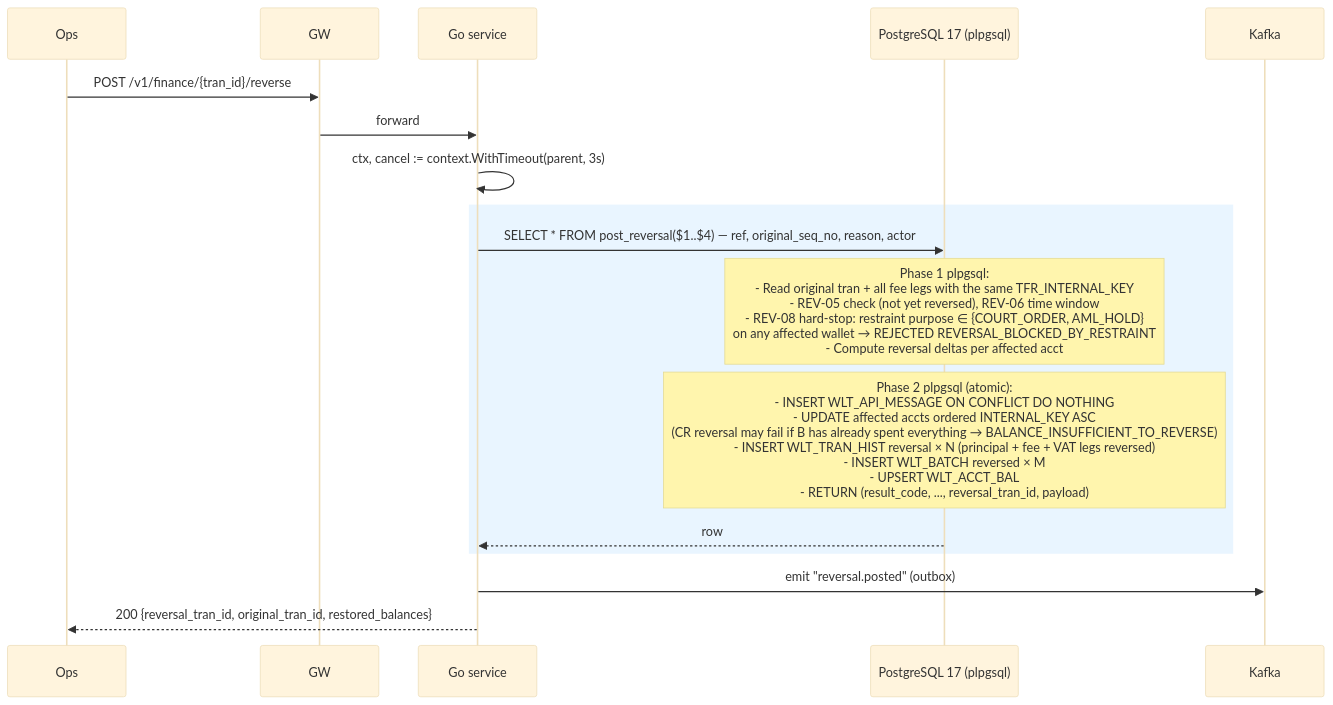
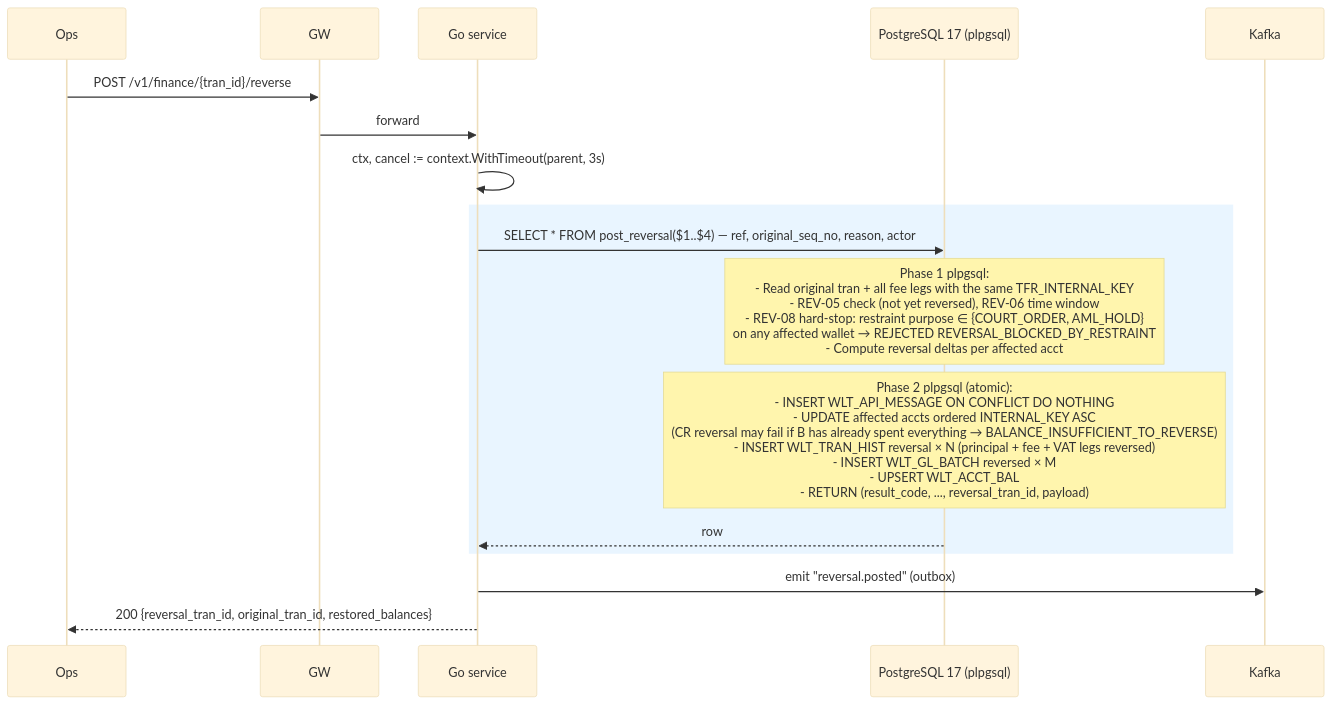
One commit to huuhoait/core-wallet changed the sixth of 6 diagrams in docs/specs/finance_transaction.md. Above: the diagram before and after it, drawn with Mermaid (base theme). The commit also changed other lines of this file and 26 other files, not shown here.

````diff
--- a/docs/specs/finance_transaction.md
+++ b/docs/specs/finance_transaction.md
@@ -642,22 +642,22 @@
 ```mermaid
 sequenceDiagram
   participant Ops
   participant GW
   participant GO as Go service
   participant DB as PostgreSQL 17 (plpgsql)
   participant K as Kafka
 
   Ops->>GW: POST /v1/finance/{tran_id}/reverse
   GW->>GO: forward
   GO->>GO: ctx, cancel := context.WithTimeout(parent, 3s)
   
   rect rgba(200,230,255,0.4)
     GO->>DB: SELECT * FROM post_reversal($1..$4) — ref, original_seq_no, reason, actor
     Note over DB: Phase 1 plpgsql:<br/>- Read original tran + all fee legs with the same TFR_INTERNAL_KEY<br/>- REV-05 check (not yet reversed), REV-06 time window<br/>- REV-08 hard-stop: restraint purpose ∈ {COURT_ORDER, AML_HOLD}<br/>  on any affected wallet → REJECTED REVERSAL_BLOCKED_BY_RESTRAINT<br/>- Compute reversal deltas per affected acct
-    Note over DB: Phase 2 plpgsql (atomic):<br/>- INSERT WLT_API_MESSAGE ON CONFLICT DO NOTHING<br/>- UPDATE affected accts ordered INTERNAL_KEY ASC<br/>  (CR reversal may fail if B has already spent everything → BALANCE_INSUFFICIENT_TO_REVERSE)<br/>- INSERT WLT_TRAN_HIST reversal × N (principal + fee + VAT legs reversed)<br/>- INSERT WLT_BATCH reversed × M<br/>- UPSERT WLT_ACCT_BAL<br/>- RETURN (result_code, ..., reversal_tran_id, payload)
+    Note over DB: Phase 2 plpgsql (atomic):<br/>- INSERT WLT_API_MESSAGE ON CONFLICT DO NOTHING<br/>- UPDATE affected accts ordered INTERNAL_KEY ASC<br/>  (CR reversal may fail if B has already spent everything → BALANCE_INSUFFICIENT_TO_REVERSE)<br/>- INSERT WLT_TRAN_HIST reversal × N (principal + fee + VAT legs reversed)<br/>- INSERT WLT_GL_BATCH reversed × M<br/>- UPSERT WLT_ACCT_BAL<br/>- RETURN (result_code, ..., reversal_tran_id, payload)
     DB-->>GO: row
   end
   
   GO->>K: emit "reversal.posted" (outbox)
   GO-->>Ops: 200 {reversal_tran_id, original_tran_id, restored_balances}
 ```
````
